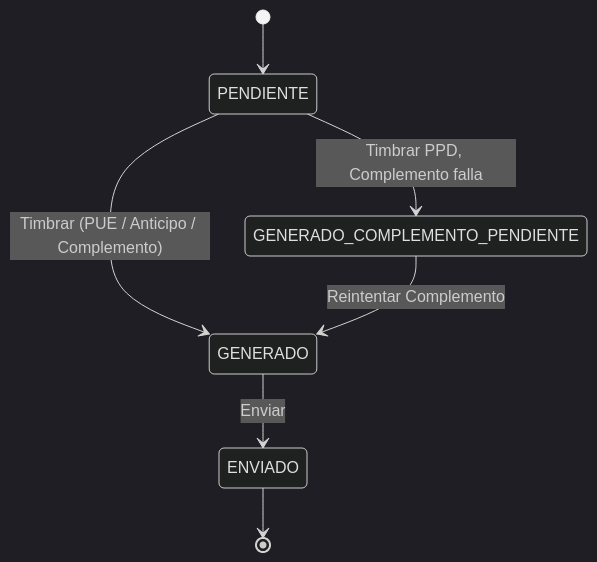
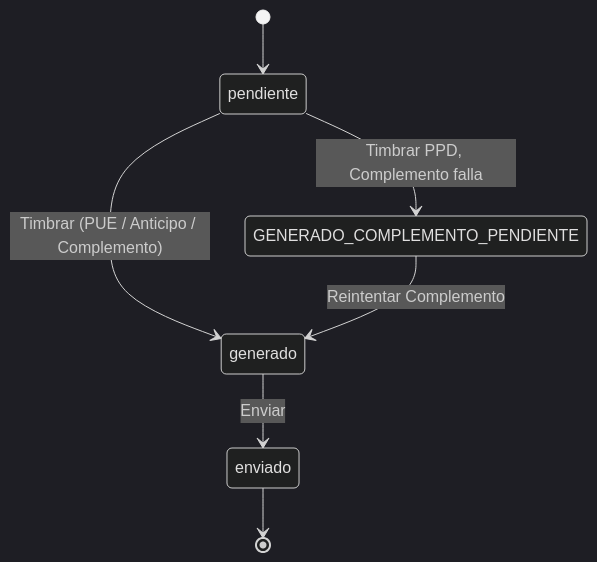
The first of 4 diagrams in Requisitos/R16A-RE-FU-028/[R16A-RE-FU-028][DIS-SOL] Diseño de la solución.md (JuanGarciaRyndem/R16-Documentacion), drawn with Mermaid (dark theme) before and after one commit. The commit also changed other lines of this file and 32 other files, not shown here.

````diff
--- a/Requisitos/R16A-RE-FU-028/[R16A-RE-FU-028][DIS-SOL] Diseño de la solución.md
+++ b/Requisitos/R16A-RE-FU-028/[R16A-RE-FU-028][DIS-SOL] Diseño de la solución.md
@@ -232,9 +232,9 @@
 ```mermaid
 stateDiagram-v2
-    [*] --> PENDIENTE
-    PENDIENTE --> GENERADO: Timbrar (PUE / Anticipo / Complemento)
-    PENDIENTE --> GENERADO_COMPLEMENTO_PENDIENTE: Timbrar PPD, Complemento falla
-    GENERADO_COMPLEMENTO_PENDIENTE --> GENERADO: Reintentar Complemento
-    GENERADO --> ENVIADO: Enviar
-    ENVIADO --> [*]
+    [*] --> pendiente
+    pendiente --> generado: Timbrar (PUE / Anticipo / Complemento)
+    pendiente --> GENERADO_COMPLEMENTO_PENDIENTE: Timbrar PPD, Complemento falla
+    GENERADO_COMPLEMENTO_PENDIENTE --> generado: Reintentar Complemento
+    generado --> enviado: Enviar
+    enviado --> [*]
 ```
````
